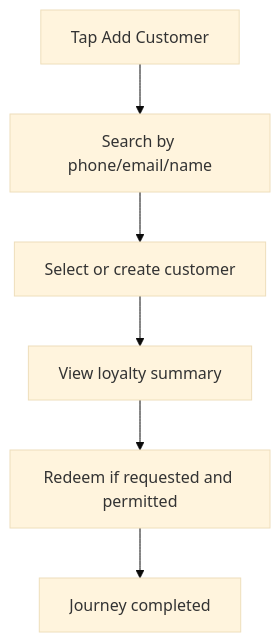
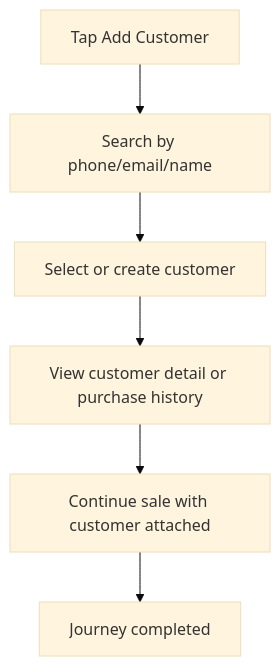
One commit to unicomproject/Pos-system-Knowledge changed the diagram in 03_USER_JOURNEYS/Cashier/06_Customer_Loyalty_Flow.md. Above: the diagram before and after it, drawn with Mermaid (base theme). The commit also changed other lines of this file and 56 other files, not shown here.

````diff
--- a/03_USER_JOURNEYS/Cashier/06_Customer_Loyalty_Flow.md
+++ b/03_USER_JOURNEYS/Cashier/06_Customer_Loyalty_Flow.md
@@ -46,9 +46,9 @@
 ```mermaid
 flowchart TD
     S1[Tap Add Customer]
     S1 --> S2[Search by phone/email/name]
     S2 --> S3[Select or create customer]
-    S3 --> S4[View loyalty summary]
-    S4 --> S5[Redeem if requested and permitted]
+    S3 --> S4[View customer detail or purchase history]
+    S4 --> S5[Continue sale with customer attached]
     S5 --> Done[Journey completed]
 ```
````
